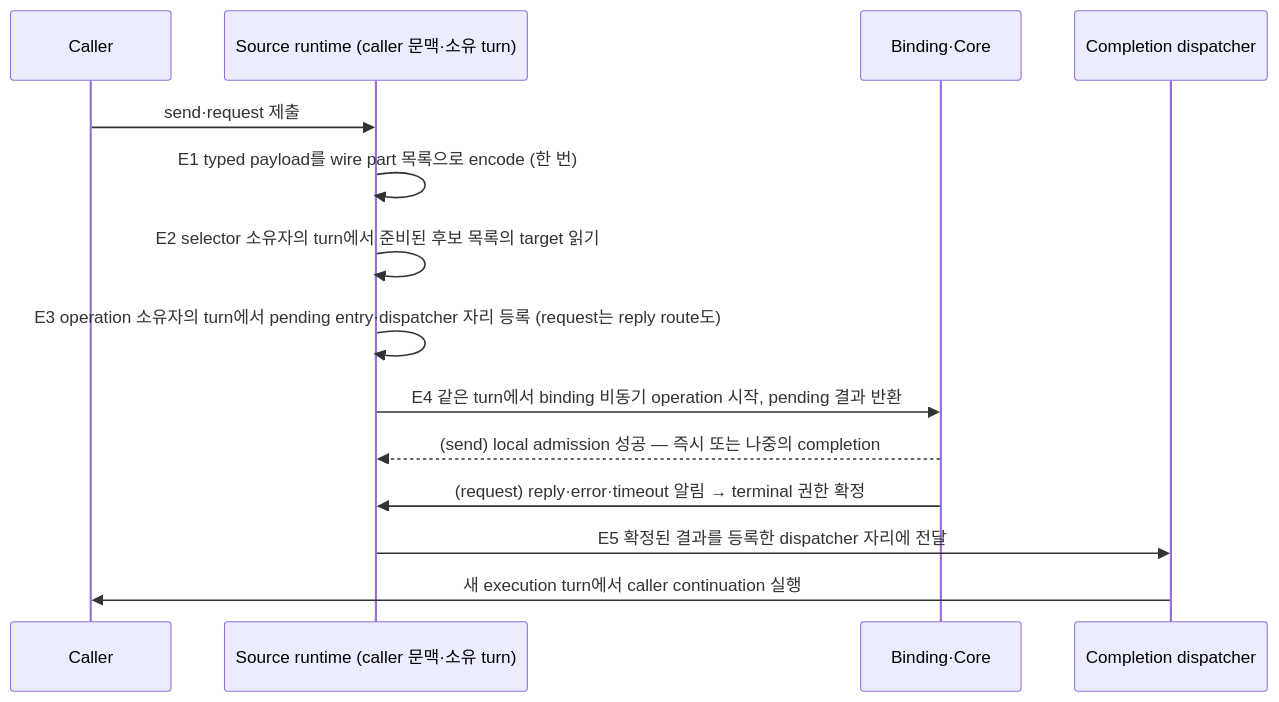
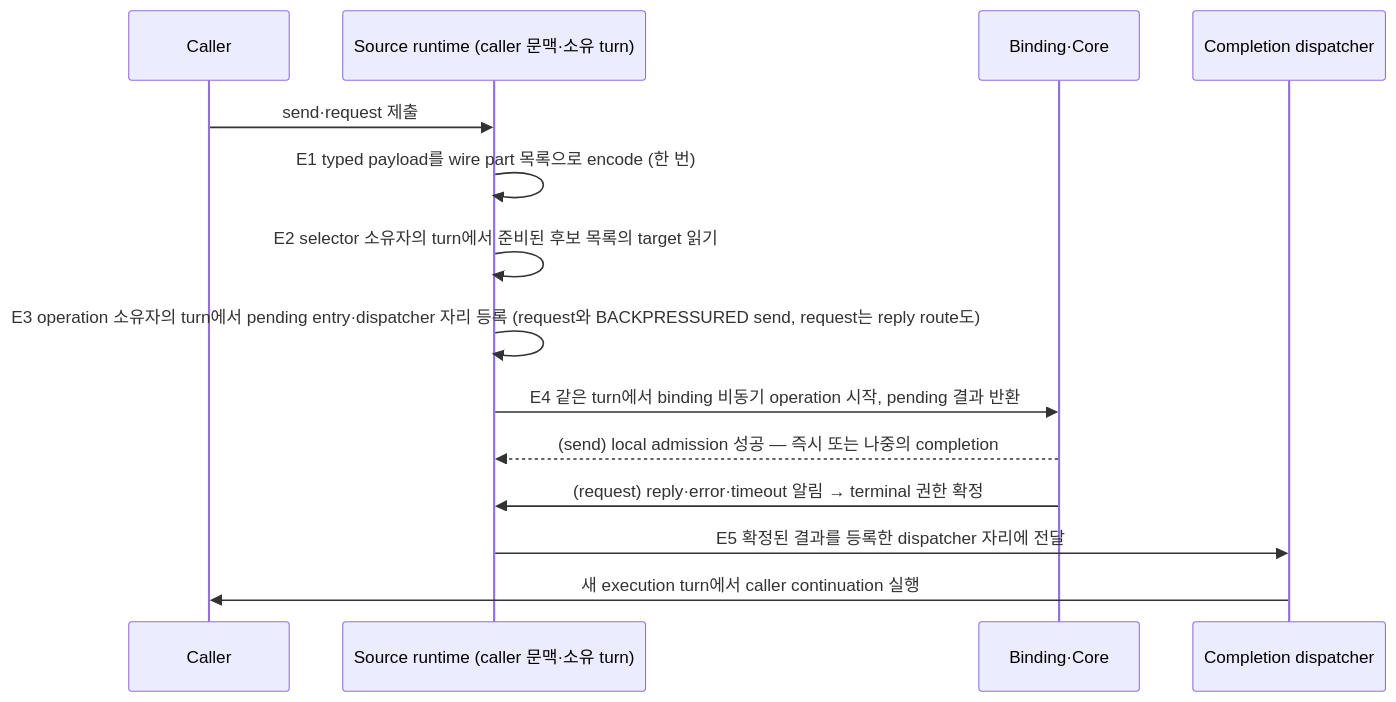
Before and after one commit to zlink-systems/zlink: the first of 2 diagrams in framework/doc/framework/common/spec/server/01-execution/08-messaging-hot-path.ko.md, drawn with Mermaid. The commit also changed other lines of this file and 1 other file, not shown here.

First line of the commit message:
spec(framework): settle immediately admitted sends without an E3 entry

````diff
--- a/framework/doc/framework/common/spec/server/01-execution/08-messaging-hot-path.ko.md
+++ b/framework/doc/framework/common/spec/server/01-execution/08-messaging-hot-path.ko.md
@@ -74,17 +74,17 @@
 ```mermaid
 sequenceDiagram
     participant C as Caller
     participant R as Source runtime (caller 문맥·소유 turn)
     participant B as Binding·Core
     participant D as Completion dispatcher
 
     C->>R: send·request 제출
     R->>R: E1 typed payload를 wire part 목록으로 encode (한 번)
     R->>R: E2 selector 소유자의 turn에서 준비된 후보 목록의 target 읽기
-    R->>R: E3 operation 소유자의 turn에서 pending entry·dispatcher 자리 등록 (request는 reply route도)
+    R->>R: E3 operation 소유자의 turn에서 pending entry·dispatcher 자리 등록 (request와 BACKPRESSURED send, request는 reply route도)
     R->>B: E4 같은 turn에서 binding 비동기 operation 시작, pending 결과 반환
     B-->>R: (send) local admission 성공 — 즉시 또는 나중의 completion
     B->>R: (request) reply·error·timeout 알림 → terminal 권한 확정
     R->>D: E5 확정된 결과를 등록한 dispatcher 자리에 전달
     D->>C: 새 execution turn에서 caller continuation 실행
 ```
````
